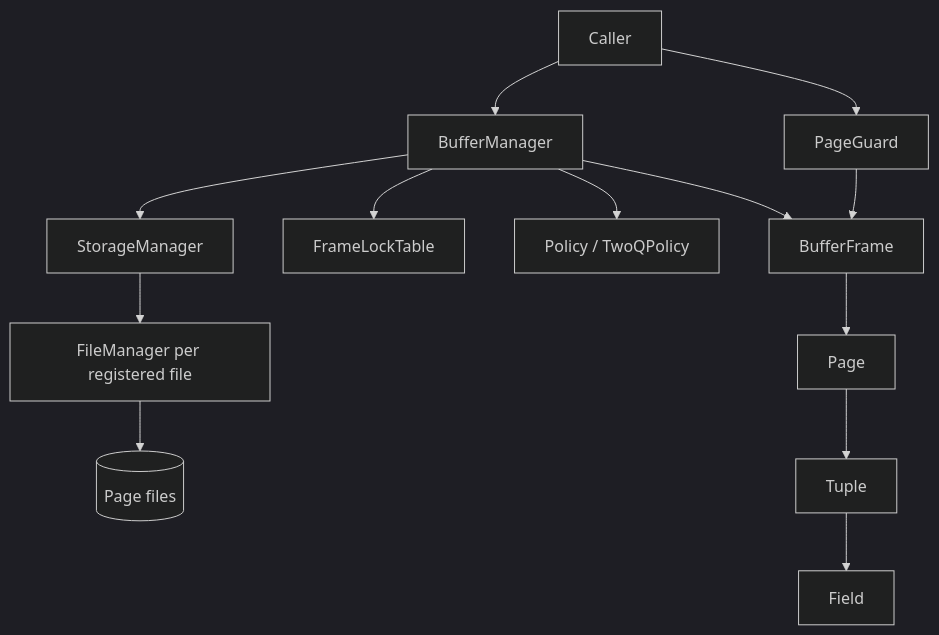
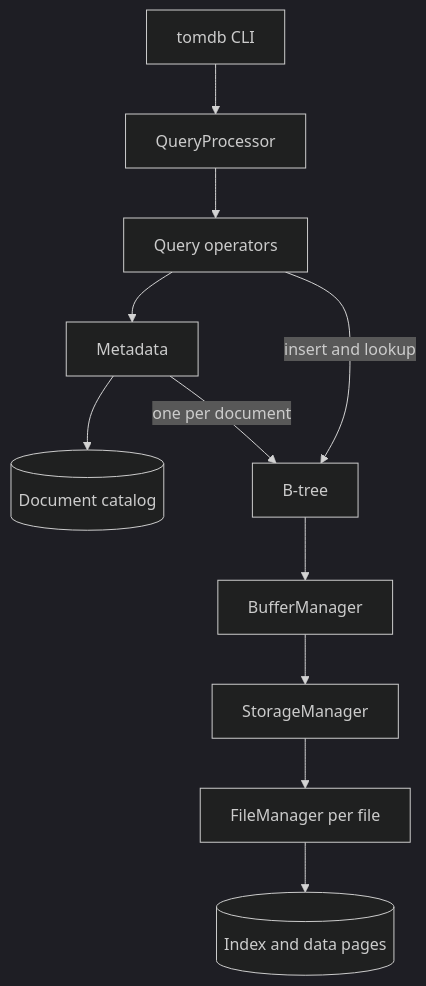
One commit to hpham12/TomDB changed the diagram in docs/design/README.md. Above: the diagram before and after it, drawn with Mermaid (dark theme). The commit also changed other lines of this file and 9 other files, not shown here.

````diff
--- a/docs/design/README.md
+++ b/docs/design/README.md
@@ -21,15 +7,13 @@
 ```mermaid
 flowchart TD
-    Caller[Caller] --> Guard[PageGuard]
-    Caller --> BM[BufferManager]
-    BM --> Frame[BufferFrame]
-    Guard --> Frame
-    BM --> Locks[FrameLockTable]
-    BM --> Policy[Policy / TwoQPolicy]
+    CLI[tomdb CLI] --> QP[QueryProcessor]
+    QP --> Op[Query operators]
+    Op --> Metadata
+    Metadata --> Catalog[(Document catalog)]
+    Metadata -->|one per document| Tree[B-tree]
+    Op -->|insert and lookup| Tree
+    Tree --> BM[BufferManager]
     BM --> SM[StorageManager]
-    SM --> FM[FileManager per registered file]
-    FM --> Disk[(Page files)]
-    Frame --> Page
-    Page --> Tuple
-    Tuple --> Field
+    SM --> FM[FileManager per file]
+    FM --> Disk[(Index and data pages)]
 ```
````
